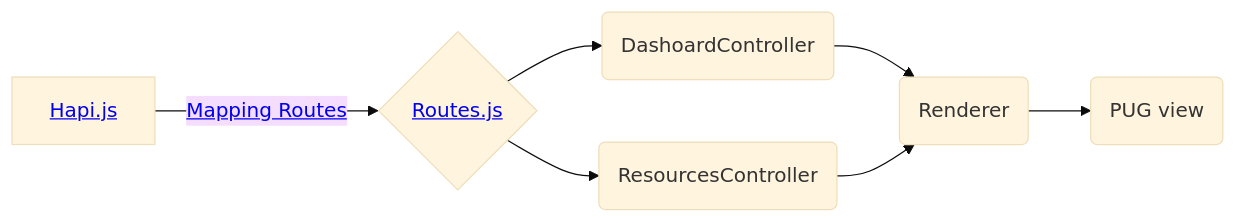
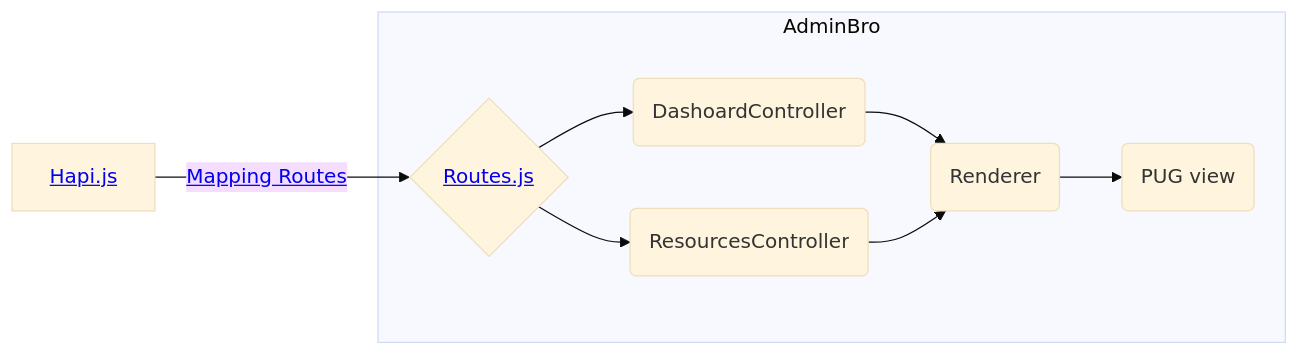
One commit to SoftwareBrothers/adminjs changed the second of 3 diagrams in docs.md. Above: the diagram before and after it, drawn with Mermaid (base theme). The commit also changed other lines of this file and 44 other files, not shown here.

Commit message:
update doc for AdminBro and BaseResource

```diff
--- a/docs.md
+++ b/docs.md
@@ -13,11 +34,14 @@
 <div class="mermaid">
   graph LR
-  A[<a href=./examples_hapijs_index.js.html>Hapi.js</a>] -->|<a href=./admin_integrations_hapi.js.html>Mapping Routes</a>| B{<a href=./Routes.html>Routes.js</a>}
+  A[<a href=./examples_hapijs_index.js.html>Hapi.js</a>] -->|<a href=./admin_integrations_hapi.js.html>Mapping Routes</a>| B
+  subgraph AdminBro
+  B{<a href=./Routes.html>Routes.js</a>}
   B --> C(DashoardController)
   B --> D(ResourcesController)
   E(Renderer)
   C --> E
   D --> E
   F(PUG view)
   E --> F
+  end
 </div>
```
